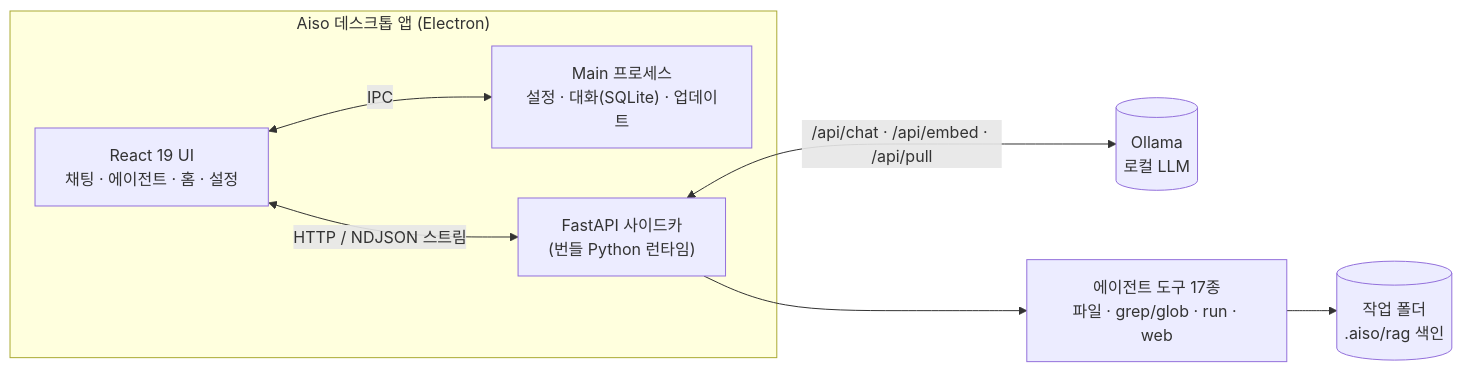
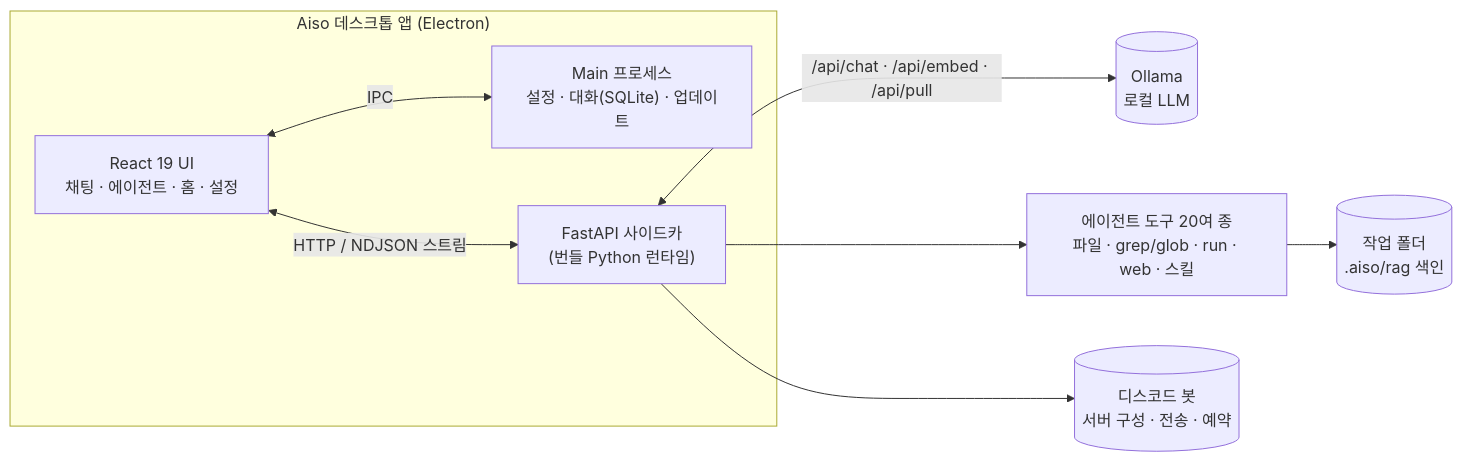
One commit to devbin-lab/AISO changed the diagram in README.md. Above: the diagram before and after it, drawn with Mermaid. The commit also changed other lines of this file and 25 other files, not shown here.

First line of the commit message:
feat(discord): v0.2.0 — 디스코드 봇(서버 구성·전송·예약·브리핑) + 백그라운드 상주

````diff
--- a/README.md
+++ b/README.md
@@ -158,13 +167,14 @@
 ```mermaid
 flowchart LR
     subgraph Desktop["Aiso 데스크톱 앱 (Electron)"]
         UI["React 19 UI<br/>채팅 · 에이전트 · 홈 · 설정"]
         Main["Main 프로세스<br/>설정 · 대화(SQLite) · 업데이트"]
         Py["FastAPI 사이드카<br/>(번들 Python 런타임)"]
     end
     UI <-->|IPC| Main
     UI <-->|HTTP / NDJSON 스트림| Py
     Py <-->|"/api/chat · /api/embed · /api/pull"| Ollama[("Ollama<br/>로컬 LLM")]
-    Py --> Tools["에이전트 도구 17종<br/>파일 · grep/glob · run · web"]
+    Py --> Tools["에이전트 도구 20여 종<br/>파일 · grep/glob · run · web · 스킬"]
+    Py --> Discord[("디스코드 봇<br/>서버 구성 · 전송 · 예약")]
     Tools --> WS[("작업 폴더<br/>.aiso/rag 색인")]
 ```
````
